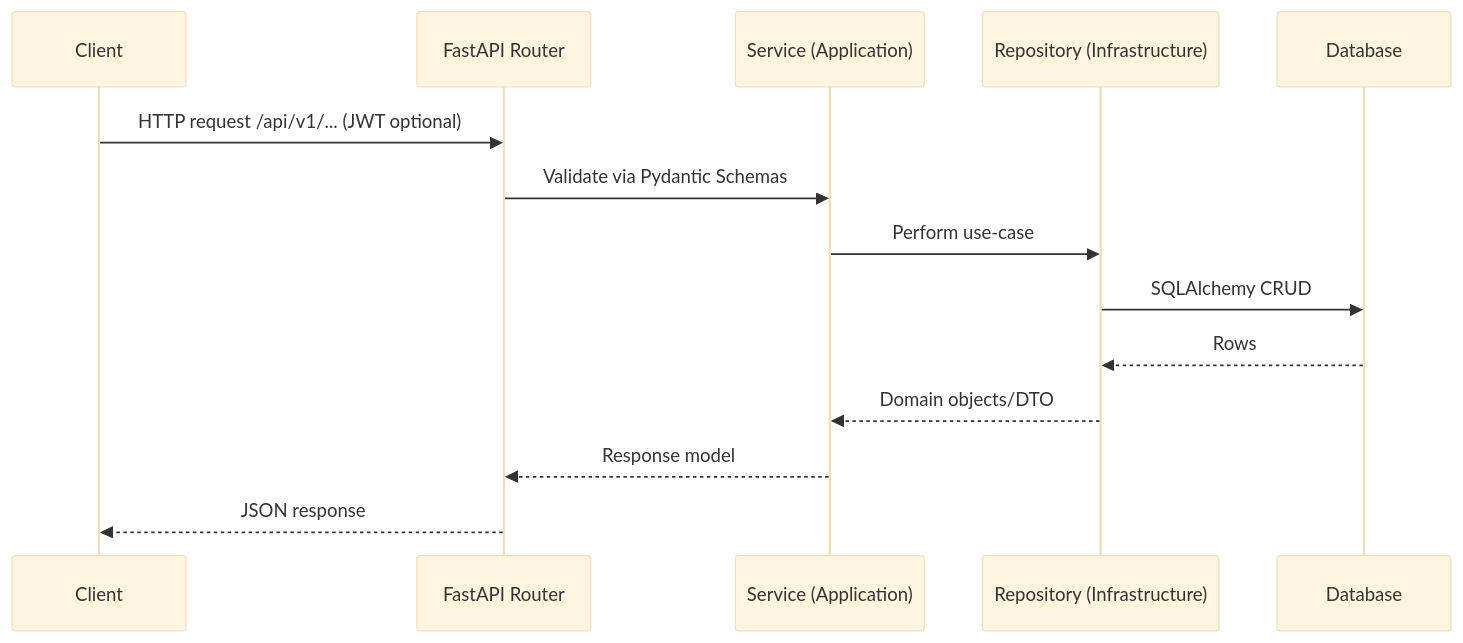
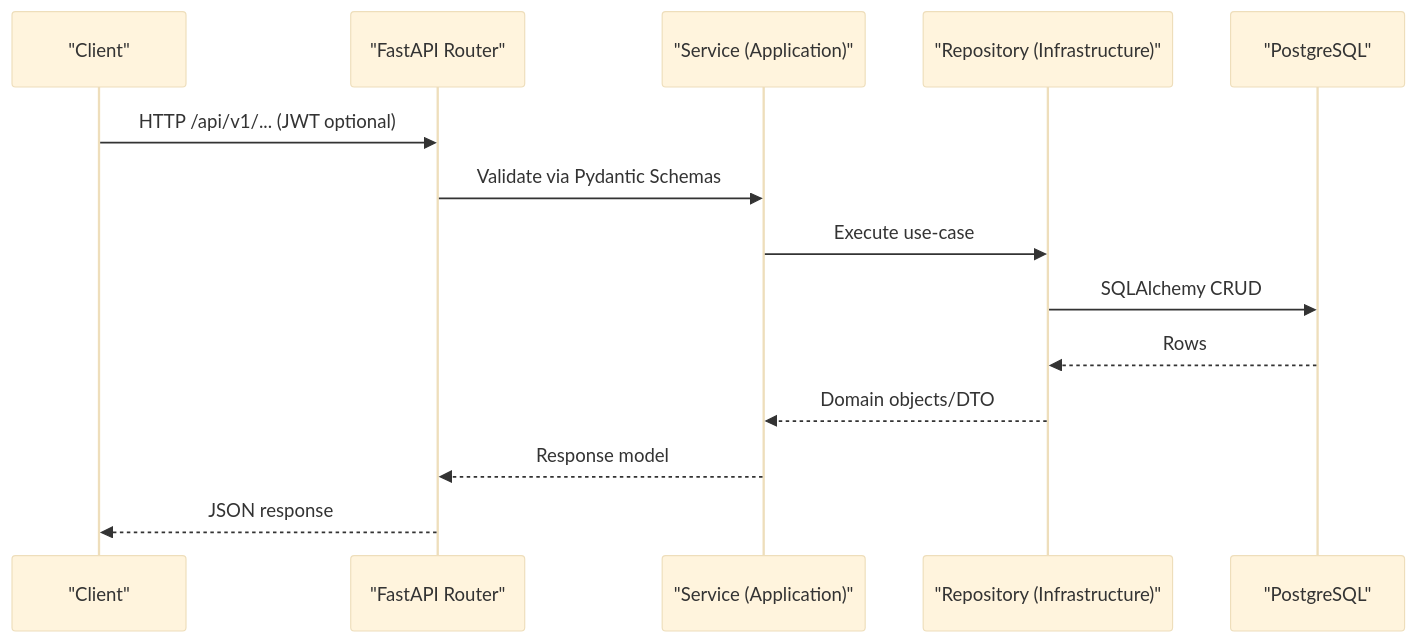
Before and after one commit to sefineh-ai/backedn: the second of 4 diagrams in README.md, drawn with Mermaid (base theme). The commit also changed other lines of this file, not shown here.

````diff
--- a/README.md
+++ b/README.md
@@ -32,17 +32,17 @@
 ```mermaid
 sequenceDiagram
-  participant C as Client
-  participant R as FastAPI Router
-  participant S as Service (Application)
-  participant Repo as Repository (Infrastructure)
-  participant DB as Database
+  participant C as "Client"
+  participant R as "FastAPI Router"
+  participant S as "Service (Application)"
+  participant Repo as "Repository (Infrastructure)"
+  participant DB as "PostgreSQL"
 
-  C->>R: HTTP request /api/v1/... (JWT optional)
+  C->>R: HTTP /api/v1/... (JWT optional)
   R->>S: Validate via Pydantic Schemas
-  S->>Repo: Perform use-case
+  S->>Repo: Execute use-case
   Repo->>DB: SQLAlchemy CRUD
   DB-->>Repo: Rows
   Repo-->>S: Domain objects/DTO
   S-->>R: Response model
   R-->>C: JSON response
 ```
````
